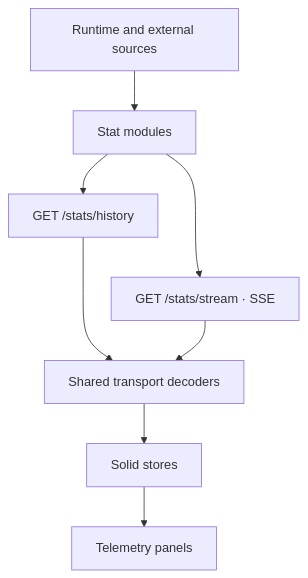
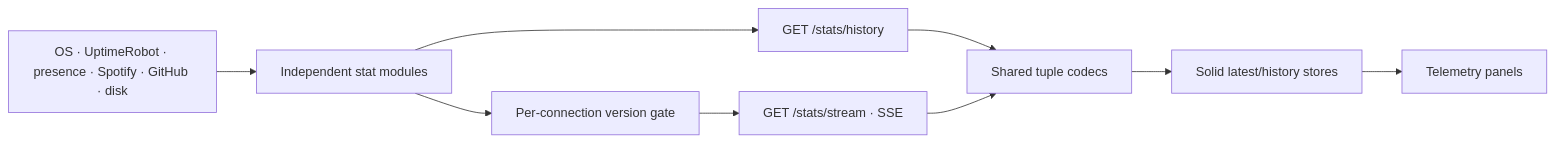
Before and after one commit to ErickCReis/ErickCReis: the diagram in web/content/blog/the-stats-pipeline.mdx, drawn with Mermaid. The commit also changed other lines of this file and 33 other files, not shown here.

````diff
--- a/web/content/blog/the-stats-pipeline.mdx
+++ b/web/content/blog/the-stats-pipeline.mdx
@@ -20,11 +10,11 @@
 ```mermaid center
-flowchart TB
-  Sources["Runtime and external sources"] --> Modules["Stat modules"]
-  Modules --> History["GET /stats/history"]
-  Modules --> Stream["GET /stats/stream · SSE"]
-  History ~~~ Stream
-  History --> Transport["Shared transport decoders"]
-  Stream --> Transport
-  Transport --> Stores["Solid stores"]
+flowchart LR
+  Sources["OS · UptimeRobot · presence · Spotify · GitHub · disk"] --> Collectors["Independent stat modules"]
+  Collectors --> History["GET /stats/history"]
+  Collectors --> Gate["Per-connection version gate"]
+  Gate --> SSE["GET /stats/stream · SSE"]
+  History --> Codec["Shared tuple codecs"]
+  SSE --> Codec
+  Codec --> Stores["Solid latest/history stores"]
   Stores --> Panels["Telemetry panels"]
 ```
````
